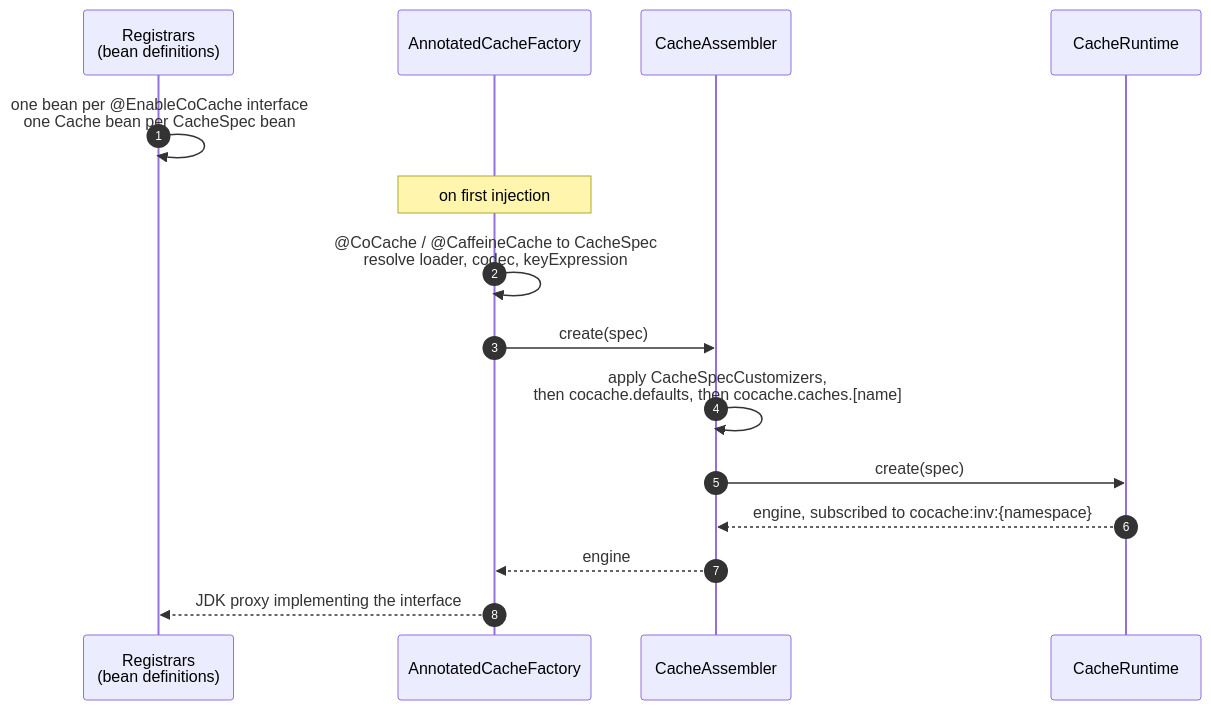
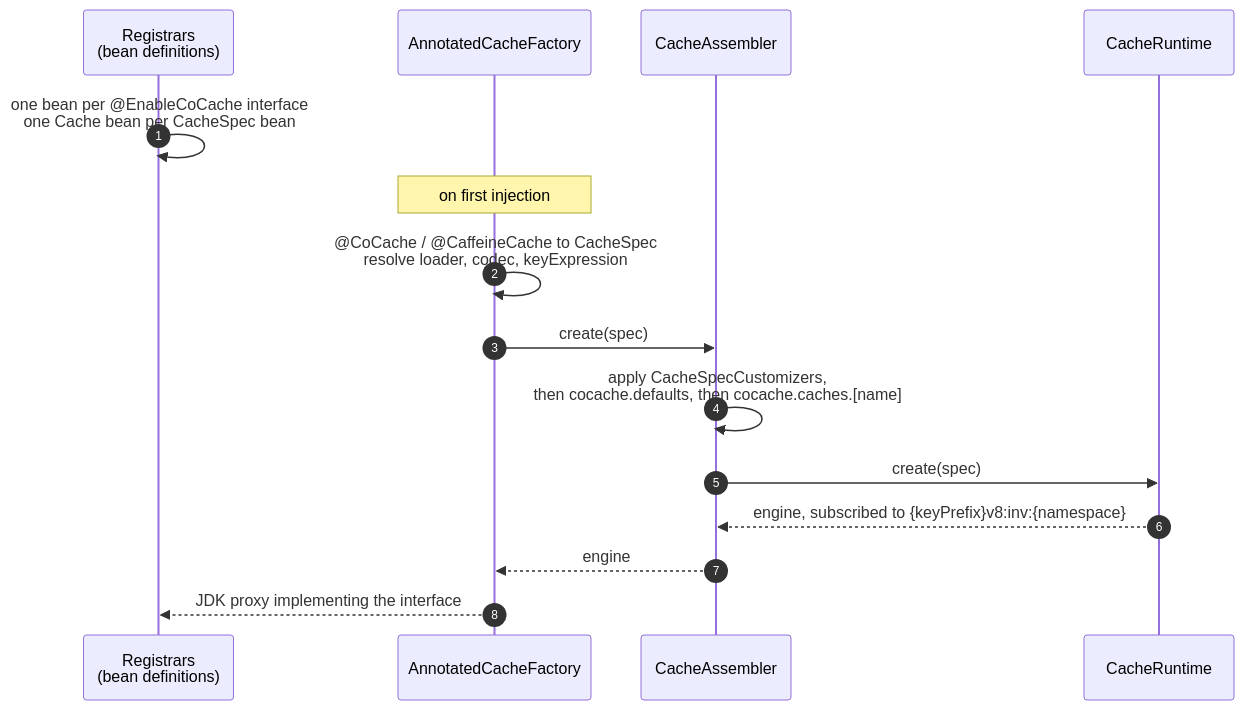
The second of 2 diagrams in wiki/architecture/index.md (Ahoo-Wang/CoCache), drawn with Mermaid before and after one commit. The commit also changed other lines of this file and 106 other files, not shown here.

First line of the commit message:
feat!: v8 key layout, prefixed channels and namespace charset

````diff
--- a/wiki/architecture/index.md
+++ b/wiki/architecture/index.md
@@ -97,17 +97,17 @@
 ```mermaid
 sequenceDiagram
     autonumber
     participant Reg as Registrars<br>(bean definitions)
     participant Fac as AnnotatedCacheFactory
     participant Asm as CacheAssembler
     participant RT as CacheRuntime
     Reg->>Reg: one bean per @EnableCoCache interface<br>one Cache bean per CacheSpec bean
     Note over Fac: on first injection
     Fac->>Fac: @CoCache / @CaffeineCache to CacheSpec<br>resolve loader, codec, keyExpression
     Fac->>Asm: create(spec)
     Asm->>Asm: apply CacheSpecCustomizers,<br>then cocache.defaults, then cocache.caches.[name]
     Asm->>RT: create(spec)
-    RT-->>Asm: engine, subscribed to cocache:inv:{namespace}
+    RT-->>Asm: engine, subscribed to {keyPrefix}v8:inv:{namespace}
     Asm-->>Fac: engine
     Fac-->>Reg: JDK proxy implementing the interface
 ```
````
